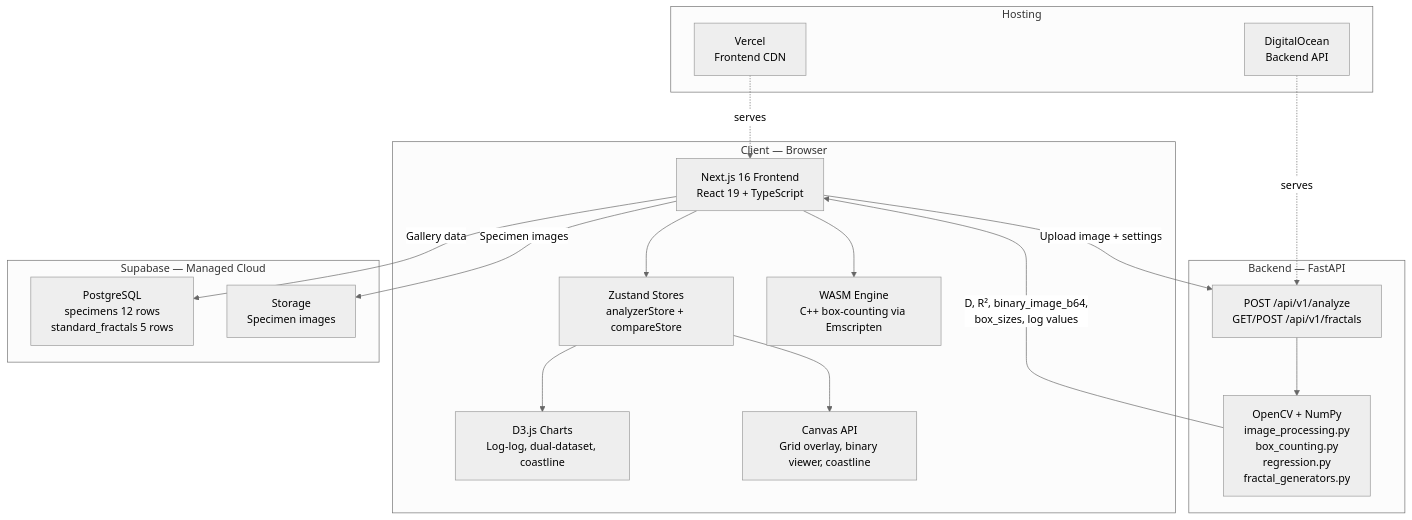
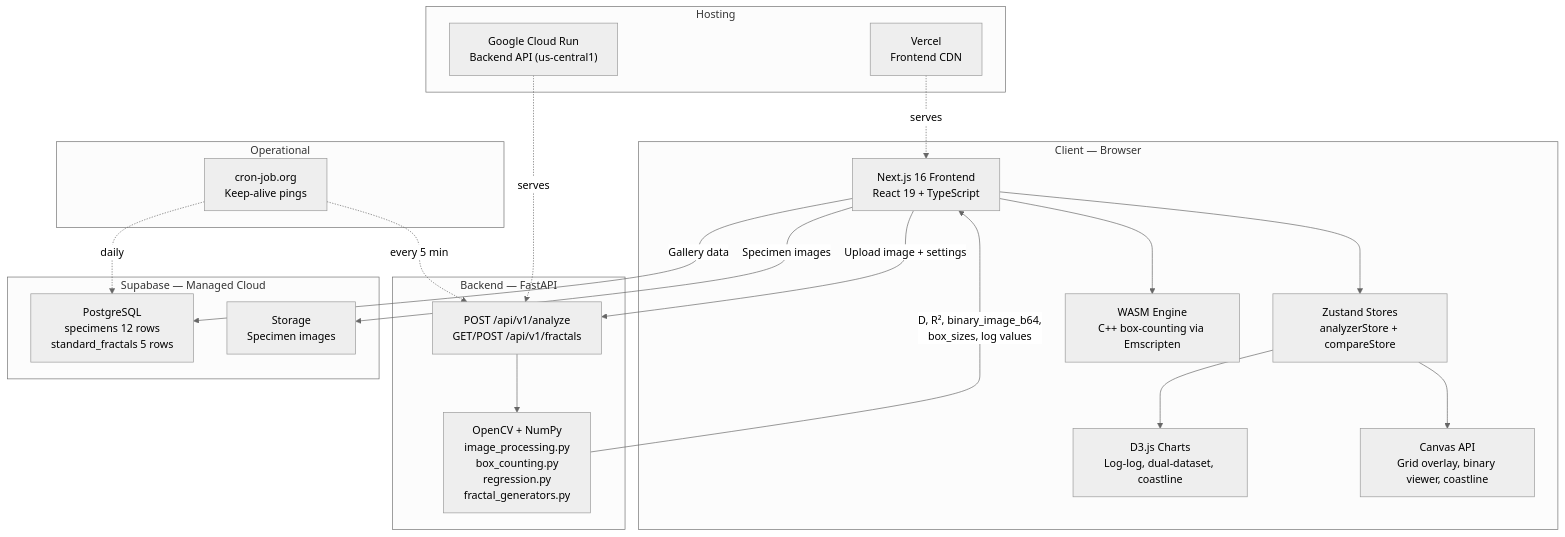
Before and after one commit to M3hul-raj/fractalvision-frontend: the diagram in Implementation Plan.md, drawn with Mermaid (neutral theme). The commit also changed other lines of this file, not shown here.

Commit message:
docs: update implementation plan to v8 — Cloud Run migration, cron keep-alives

````diff
--- a/Implementation Plan.md
+++ b/Implementation Plan.md
@@ -66,37 +67,43 @@
 ```mermaid
 graph TB
     subgraph "Client — Browser"
         UI["Next.js 16 Frontend<br/>React 19 + TypeScript"]
         D3["D3.js Charts<br/>Log-log, dual-dataset, coastline"]
         CV["Canvas API<br/>Grid overlay, binary viewer, coastline"]
         ZS["Zustand Stores<br/>analyzerStore + compareStore"]
         WASM["WASM Engine<br/>C++ box-counting via Emscripten"]
     end
 
     subgraph "Backend — FastAPI"
         API["POST /api/v1/analyze<br/>GET/POST /api/v1/fractals"]
         CORE["OpenCV + NumPy<br/>image_processing.py<br/>box_counting.py<br/>regression.py<br/>fractal_generators.py"]
     end
 
     subgraph "Supabase — Managed Cloud"
         DB["PostgreSQL<br/>specimens 12 rows<br/>standard_fractals 5 rows"]
         STR["Storage<br/>Specimen images"]
     end
 
     subgraph "Hosting"
         VCL["Vercel<br/>Frontend CDN"]
-        DO["DigitalOcean<br/>Backend API"]
+        GCR["Google Cloud Run<br/>Backend API (us-central1)"]
+    end
+
+    subgraph "Operational"
+        CRON["cron-job.org<br/>Keep-alive pings"]
     end
 
     UI --> ZS
     ZS --> D3
     ZS --> CV
     UI -->|"Upload image + settings"| API
     API --> CORE
     CORE -->|"D, R², binary_image_b64,<br/>box_sizes, log values"| UI
     UI -->|"Gallery data"| DB
     UI -->|"Specimen images"| STR
     UI --> WASM
     VCL -.->|"serves"| UI
-    DO -.->|"serves"| API
+    GCR -.->|"serves"| API
+    CRON -.->|"every 5 min"| API
+    CRON -.->|"daily"| DB
 ```
````
